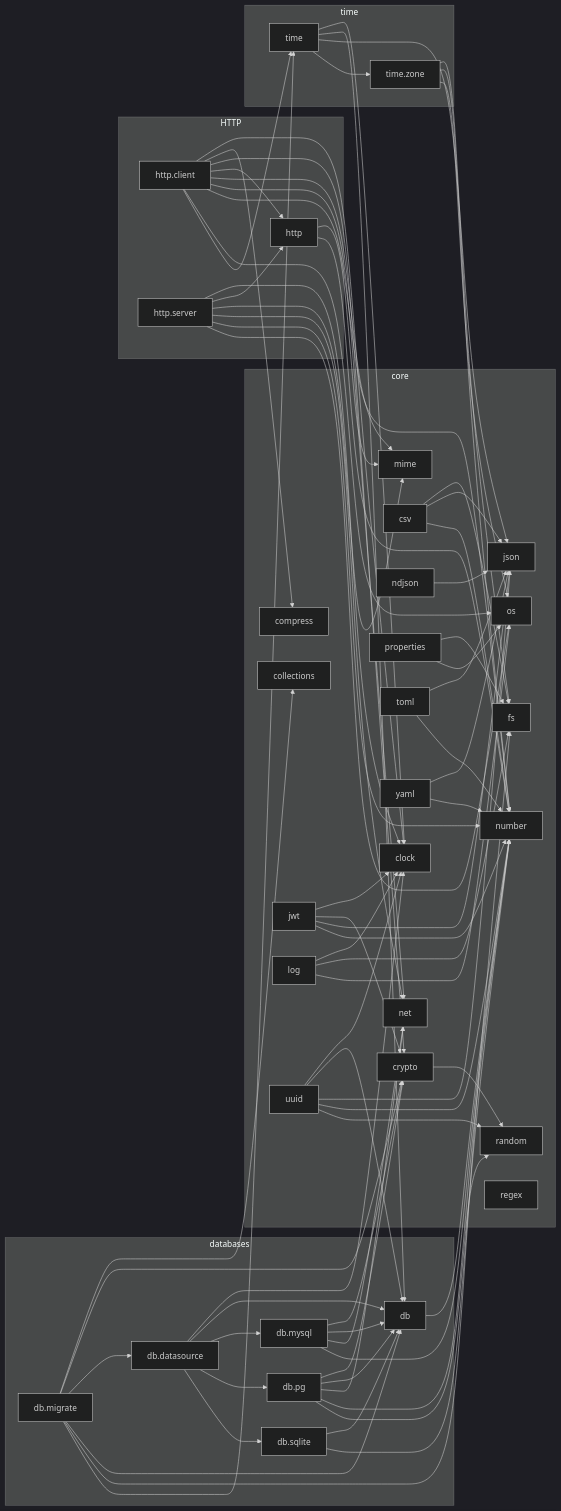
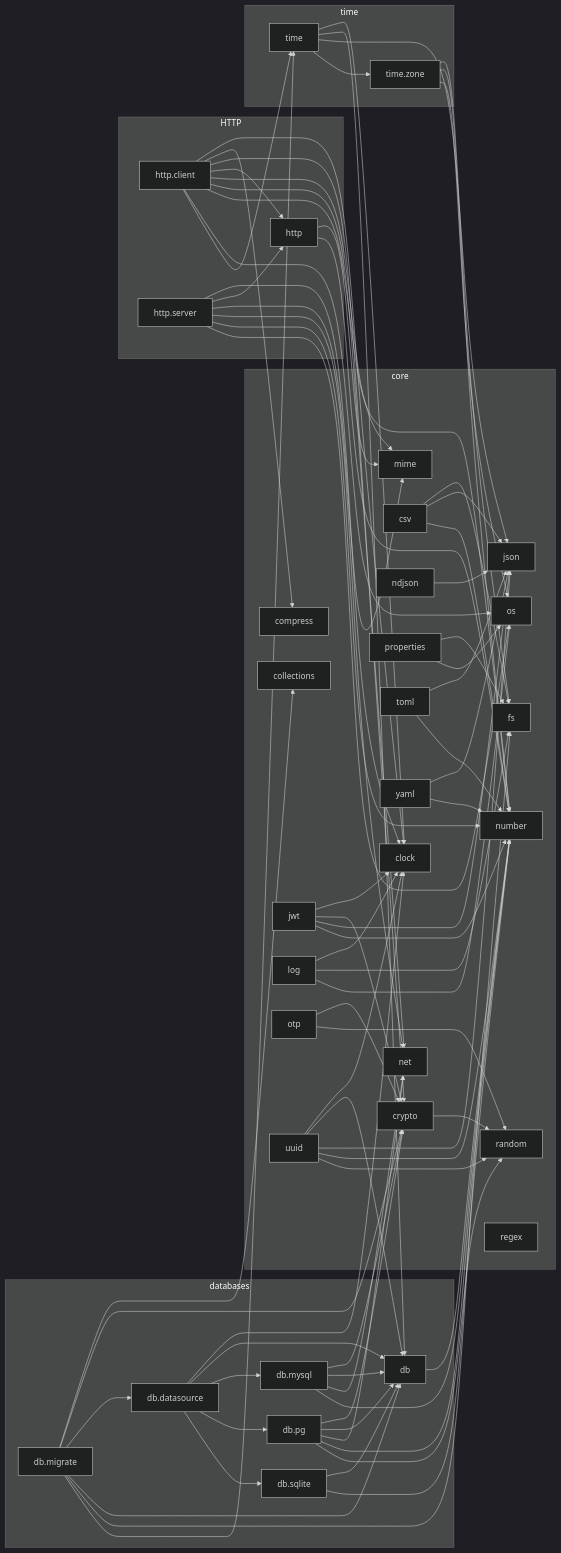
One commit to vasnatech/ziman changed the diagram in docs/lib/dependencies.md. Above: the diagram before and after it, drawn with Mermaid (dark theme). The commit also changed other lines of this file and 14 other files, not shown here.

Commit message:
feat: otp module -- TOTP/HOTP (RFC 4226/6238), base32, provisioning URI; crypto.hmac_sha1

```diff
--- a/docs/lib/dependencies.md
+++ b/docs/lib/dependencies.md
@@ -22,6 +22,7 @@
         net["net"]
         number["number"]
         os["os"]
+        otp["otp"]
         properties["properties"]
         random["random"]
         regex["regex"]
@@ -85,6 +86,8 @@
     mysql --> net
     mysql --> number
     ndjson --> json
+    otp --> crypto
+    otp --> random
     pg --> crypto
     pg --> db
     pg --> net
```
